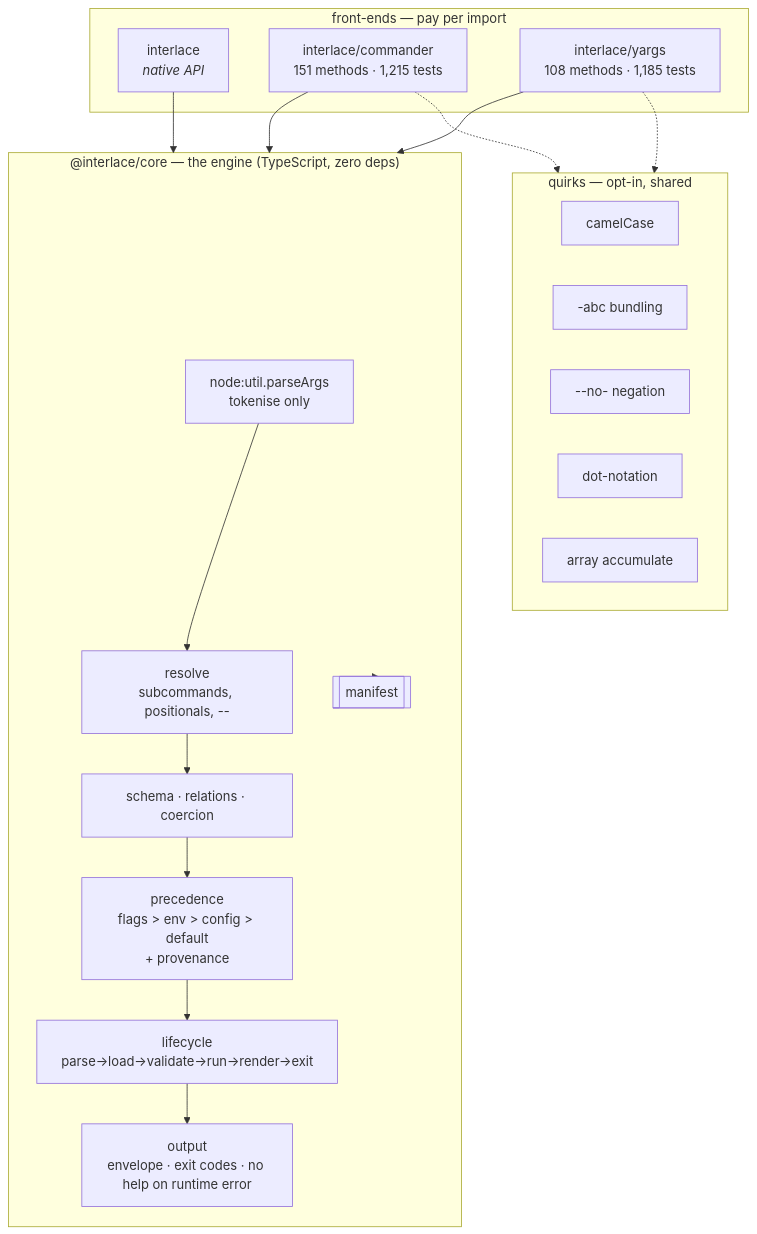
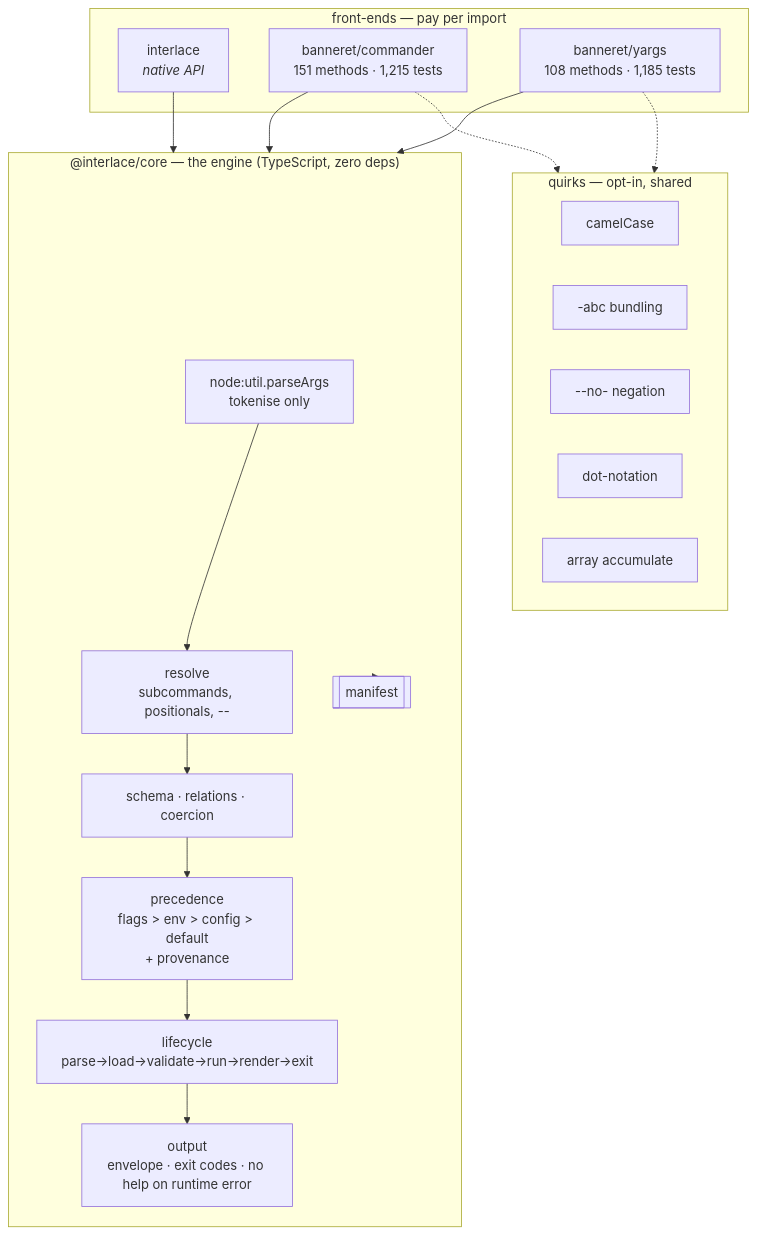
Before and after one commit to ofri-peretz/burgee: the third of 8 diagrams in docs/research/architecture.md, drawn with Mermaid. The commit also changed other lines of this file and 12 other files, not shown here.

````diff
--- a/docs/research/architecture.md
+++ b/docs/research/architecture.md
@@ -69,28 +69,28 @@
 ```mermaid
 flowchart TB
   subgraph core["@interlace/core — the engine (TypeScript, zero deps)"]
     PA["node:util.parseArgs<br/>tokenise only"] --> RES["resolve<br/>subcommands, positionals, --"]
     RES --> VAL["schema · relations · coercion"]
     VAL --> PREC["precedence<br/>flags &gt; env &gt; config &gt; default<br/>+ provenance"]
     PREC --> LIFE["lifecycle<br/>parse→load→validate→run→render→exit"]
     LIFE --> OUT["output<br/>envelope · exit codes · no help on runtime error"]
     MAN[["manifest"]]
   end
 
   subgraph fe["front-ends — pay per import"]
     NAT["interlace<br/><i>native API</i>"]
-    CMD["interlace/commander<br/>151 methods · 1,215 tests"]
-    YRG["interlace/yargs<br/>108 methods · 1,185 tests"]
+    CMD["banneret/commander<br/>151 methods · 1,215 tests"]
+    YRG["banneret/yargs<br/>108 methods · 1,185 tests"]
   end
 
   subgraph q["quirks — opt-in, shared"]
     Q1["camelCase"]; Q2["-abc bundling"]; Q3["--no- negation"]; Q4["dot-notation"]; Q5["array accumulate"]
   end
 
   NAT --> core
   CMD --> core
   YRG --> core
   CMD -.-> q
   YRG -.-> q
   core --> MAN
 ```
````
